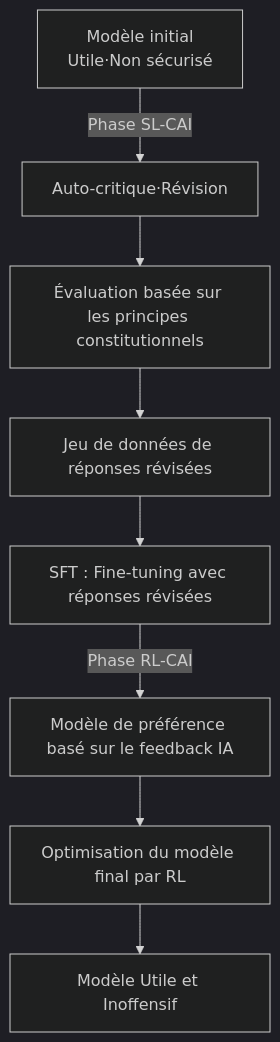
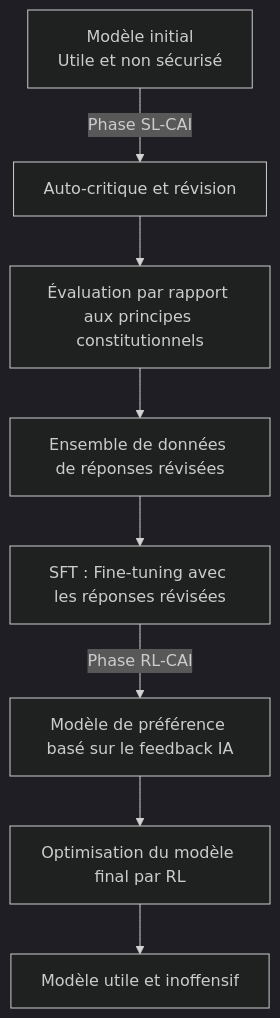
One commit to no-problem-dev/rick-brick-content changed the first of 2 diagrams in articles/fr/2026-03-18-anthropic-constitutional-ai-cc0-open.md. Above: the diagram before and after it, drawn with Mermaid (dark theme). The commit also changed other lines of this file and 126 other files, not shown here.

````diff
--- a/articles/fr/2026-03-18-anthropic-constitutional-ai-cc0-open.md
+++ b/articles/fr/2026-03-18-anthropic-constitutional-ai-cc0-open.md
@@ -28,11 +28,11 @@
 ```mermaid
 graph TD
     A[Modèle initial
-Utile·Non sécurisé] -->|Phase SL-CAI| B[Auto-critique·Révision]
-    B --> C[Évaluation basée sur les principes constitutionnels]
-    C --> D[Jeu de données de réponses révisées]
-    D --> E[SFT : Fine-tuning avec réponses révisées]
+Utile et non sécurisé] -->|Phase SL-CAI| B[Auto-critique et révision]
+    B --> C[Évaluation par rapport aux principes constitutionnels]
+    C --> D[Ensemble de données de réponses révisées]
+    D --> E[SFT : Fine-tuning avec les réponses révisées]
     E -->|Phase RL-CAI| F[Modèle de préférence basé sur le feedback IA]
     F --> G[Optimisation du modèle final par RL]
-    G --> H[Modèle Utile et Inoffensif]
+    G --> H[Modèle utile et inoffensif]
 ```
````
